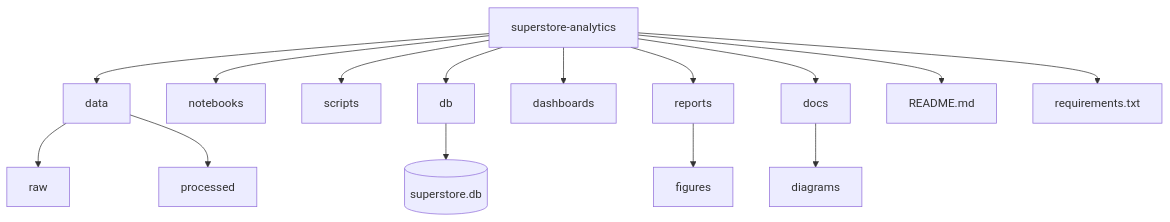
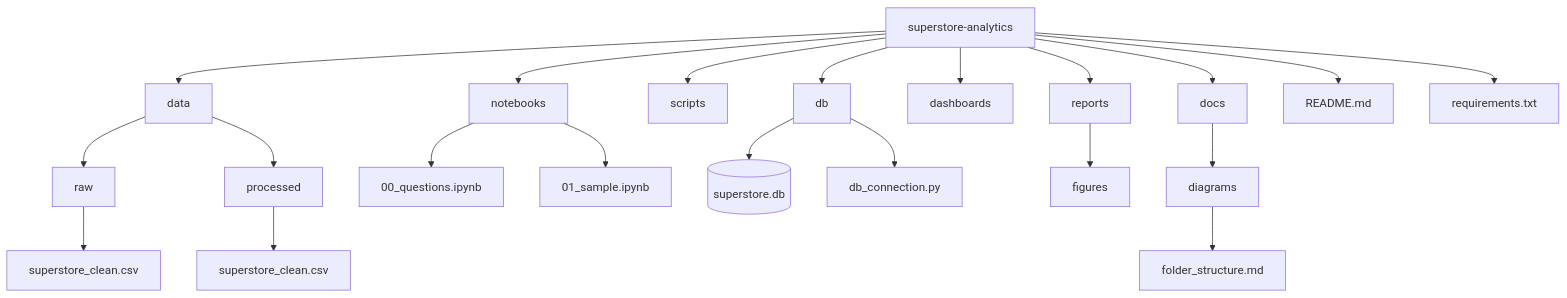
The diagram in docs/diagrams/folder_structure.md (SantiagoComas07/superstore-analytics), drawn with Mermaid before and after one commit. The commit also changed 12 other files, not shown here.

````diff
--- a/docs/diagrams/folder_structure.md
+++ b/docs/diagrams/folder_structure.md
@@ -5,28 +5,34 @@
 ```mermaid
 flowchart TD
     A[superstore-analytics]
 
     A --> B[data]
     B --> B1[raw]
-    B --> B2[processed]
+    B1 --> B2[superstore_clean.csv]
+    B  --> B3[processed]
+    B3 --> B4[superstore_clean.csv]
 
     A --> C[notebooks]
+    C --> C1[00_questions.ipynb]
+    C --> C2[01_sample.ipynb]
 
     A --> D[scripts]
 
     A --> E[db]
     E --> E1[(superstore.db)]
+    E --> E2[db_connection.py]
 
     A --> F[dashboards]
   
 
     A --> G[reports]
     G --> G2[figures]
 
     A --> H[docs]
     H --> H1[diagrams]
+    H1 --> H2[folder_structure.md]
 
 
     A --> I[README.md]
     A --> J[requirements.txt]
 ```
````
